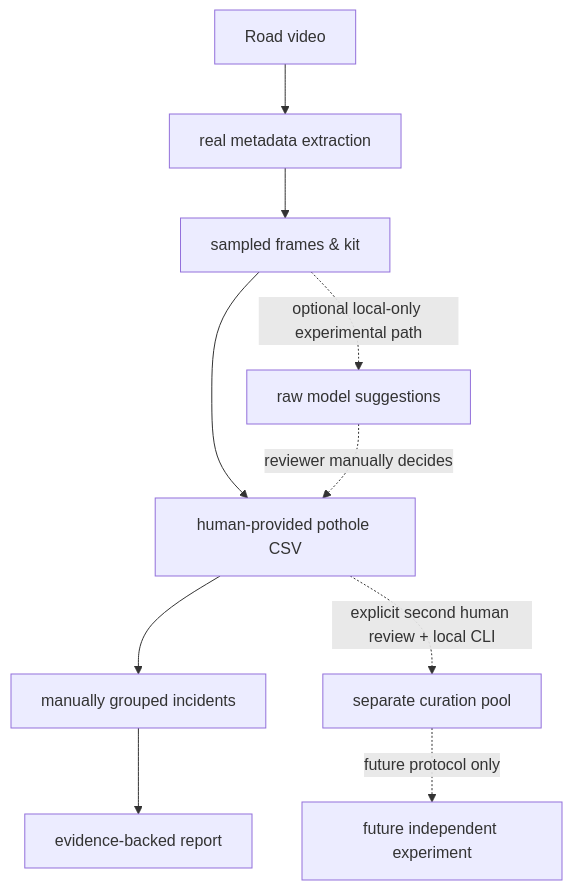
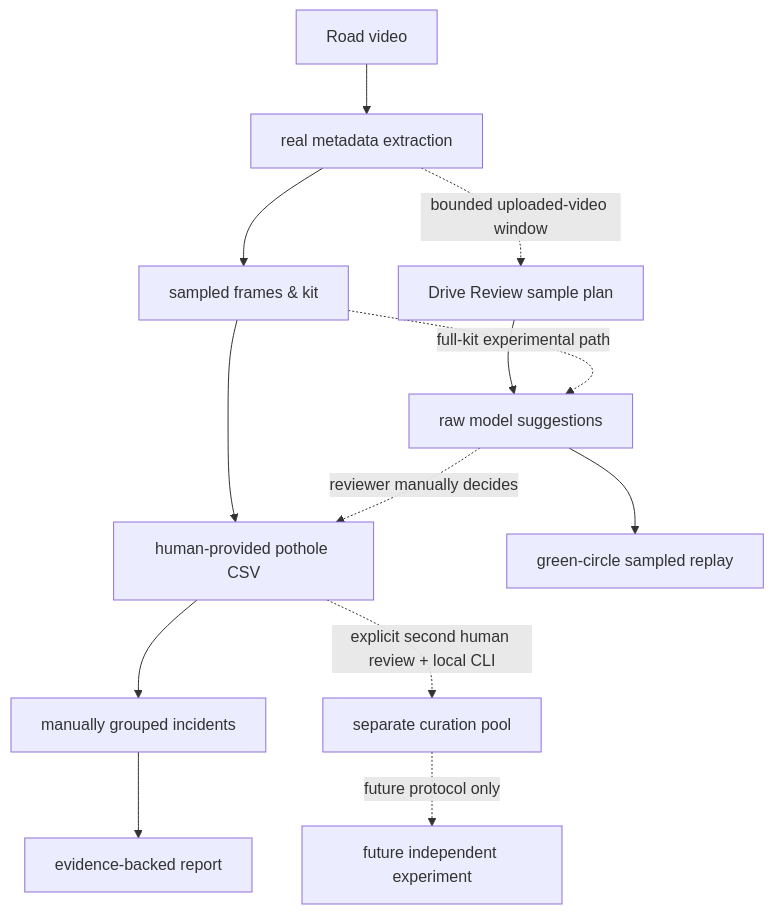
One commit to aniket889999/RoadSense-India- changed the diagram in docs/architecture.md. Above: the diagram before and after it, drawn with Mermaid. The commit also changed other lines of this file and 31 other files, not shown here.

````diff
--- a/docs/architecture.md
+++ b/docs/architecture.md
@@ -5,12 +5,15 @@
 ```mermaid
 graph TD
     A[Road video] --> B[real metadata extraction]
     B --> C[sampled frames & kit]
     C --> D[human-provided pothole CSV]
     D --> E[manually grouped incidents]
     E --> F[evidence-backed report]
-    C -. optional local-only experimental path .-> G[raw model suggestions]
+    B -. bounded uploaded-video window .-> J[Drive Review sample plan]
+    J --> G[raw model suggestions]
+    G --> K[green-circle sampled replay]
+    C -. full-kit experimental path .-> G
     G -. reviewer manually decides .-> D
     D -. explicit second human review + local CLI .-> H[separate curation pool]
     H -. future protocol only .-> I[future independent experiment]
 ```
````
